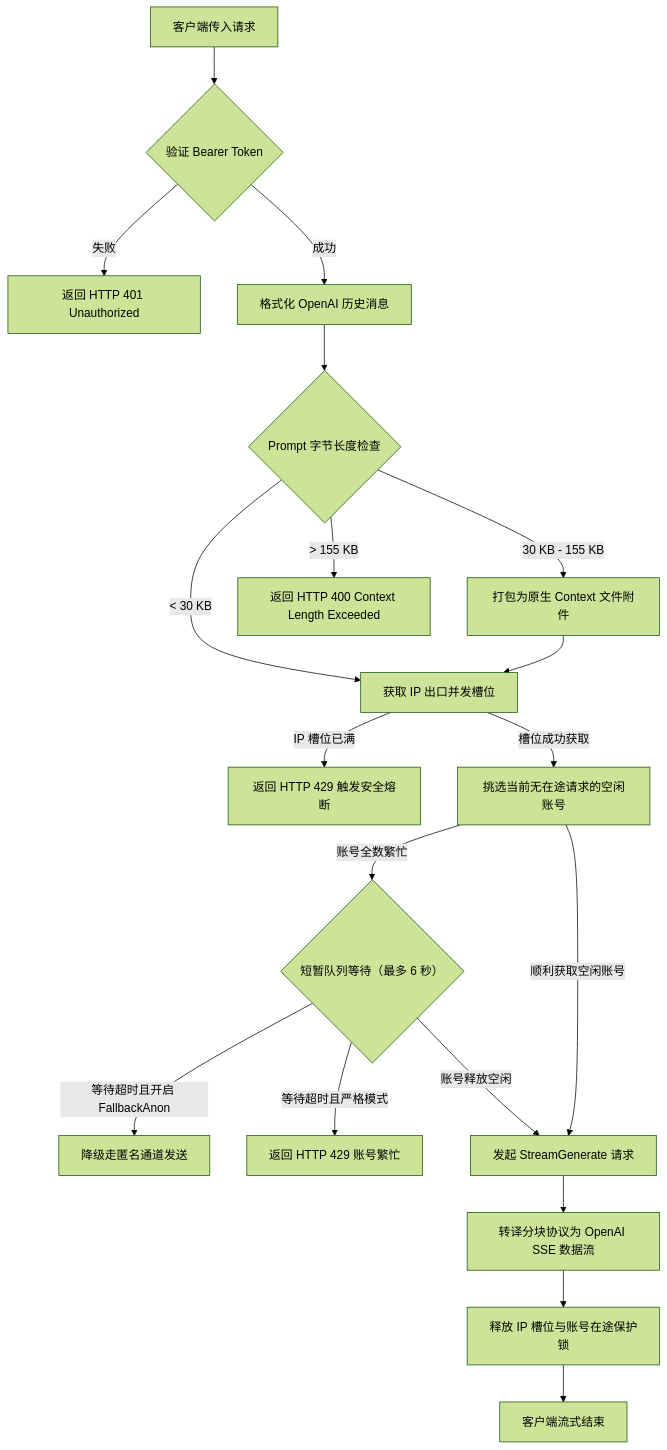
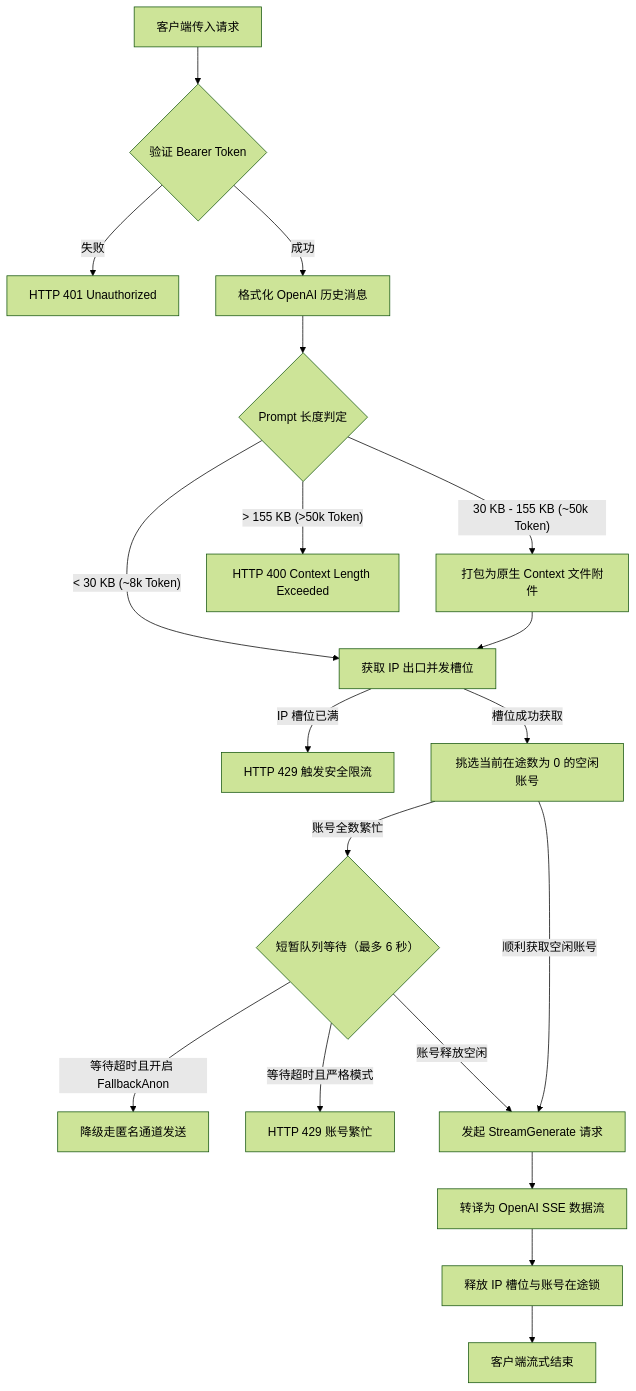
One commit to ab410010066-byte/gemini-free-api changed the first of 2 diagrams in README_CN.md. Above: the diagram before and after it, drawn with Mermaid (forest theme). The commit also changed other lines of this file and 3 other files, not shown here.

Commit message:
docs: align with high-star open-source conventions, specify 50k token context specifications, and sanitize internal references

````diff
--- a/README_CN.md
+++ b/README_CN.md
@@ -50,24 +74,24 @@
 ```mermaid
 flowchart TD
     Req[客户端传入请求] --> Auth{验证 Bearer Token}
-    Auth -- 失败 --> E401[返回 HTTP 401 Unauthorized]
+    Auth -- 失败 --> E401[HTTP 401 Unauthorized]
     Auth -- 成功 --> Ingest[格式化 OpenAI 历史消息]
     
-    Ingest --> LengthCheck{Prompt 字节长度检查}
-    LengthCheck -- "< 30 KB" --> InflightSlot[获取 IP 出口并发槽位]
-    LengthCheck -- "30 KB - 155 KB" --> MakeDoc[打包为原生 Context 文件附件] --> InflightSlot
-    LengthCheck -- "> 155 KB" --> E400[返回 HTTP 400 Context Length Exceeded]
+    Ingest --> LengthCheck{Prompt 长度判定}
+    LengthCheck -- "< 30 KB (~8k Token)" --> InflightSlot[获取 IP 出口并发槽位]
+    LengthCheck -- "30 KB - 155 KB (~50k Token)" --> MakeDoc[打包为原生 Context 文件附件] --> InflightSlot
+    LengthCheck -- "> 155 KB (>50k Token)" --> E400[HTTP 400 Context Length Exceeded]
     
-    InflightSlot -- IP 槽位已满 --> E429IP[返回 HTTP 429 触发安全熔断]
-    InflightSlot -- 槽位成功获取 --> AcctSelect[挑选当前无在途请求的空闲账号]
+    InflightSlot -- IP 槽位已满 --> E429IP[HTTP 429 触发安全限流]
+    InflightSlot -- 槽位成功获取 --> AcctSelect[挑选当前在途数为 0 的空闲账号]
     
     AcctSelect -- 账号全数繁忙 --> WaitAcct{短暂队列等待（最多 6 秒）}
     WaitAcct -- 等待超时且开启 FallbackAnon --> AnonReq[降级走匿名通道发送]
-    WaitAcct -- 等待超时且严格模式 --> E429Acct[返回 HTTP 429 账号繁忙]
+    WaitAcct -- 等待超时且严格模式 --> E429Acct[HTTP 429 账号繁忙]
     WaitAcct -- 账号释放空闲 --> ExecReq[发起 StreamGenerate 请求]
     AcctSelect -- 顺利获取空闲账号 --> ExecReq
     
-    ExecReq --> SSETrans[转译分块协议为 OpenAI SSE 数据流]
-    SSETrans --> RelSlot[释放 IP 槽位与账号在途保护锁]
+    ExecReq --> SSETrans[转译为 OpenAI SSE 数据流]
+    SSETrans --> RelSlot[释放 IP 槽位与账号在途锁]
     RelSlot --> ClientEnd[客户端流式结束]
 ```
````
